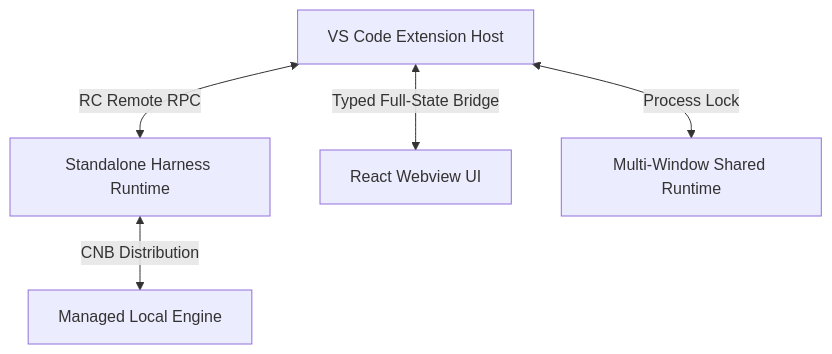
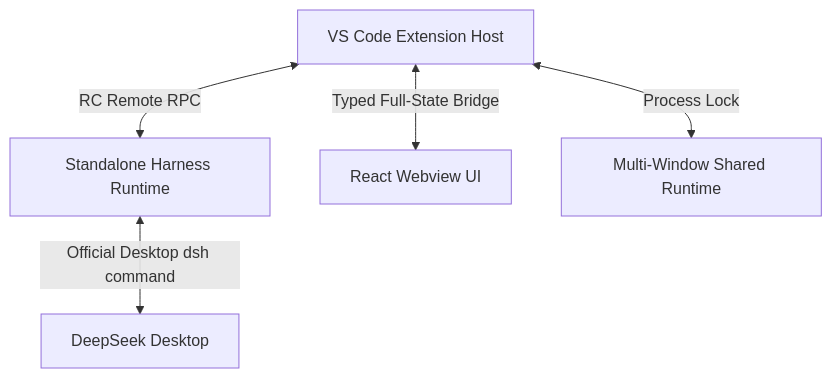
The diagram in README.md (HarcoChen/dsh-vsc-integration), drawn with Mermaid before and after one commit. The commit also changed other lines of this file and 43 other files, not shown here.

````diff
--- a/README.md
+++ b/README.md
@@ -209,7 +210,7 @@
 ```mermaid
 graph TD
     A[VS Code Extension Host] <-->|RC Remote RPC| B[Standalone Harness Runtime]
     A <-->|Typed Full-State Bridge| C[React Webview UI]
-    B <-->|CNB Distribution| D[Managed Local Engine]
+    B <-->|Official Desktop dsh command| D[DeepSeek Desktop]
     A <-->|Process Lock| E[Multi-Window Shared Runtime]
 ```
````
